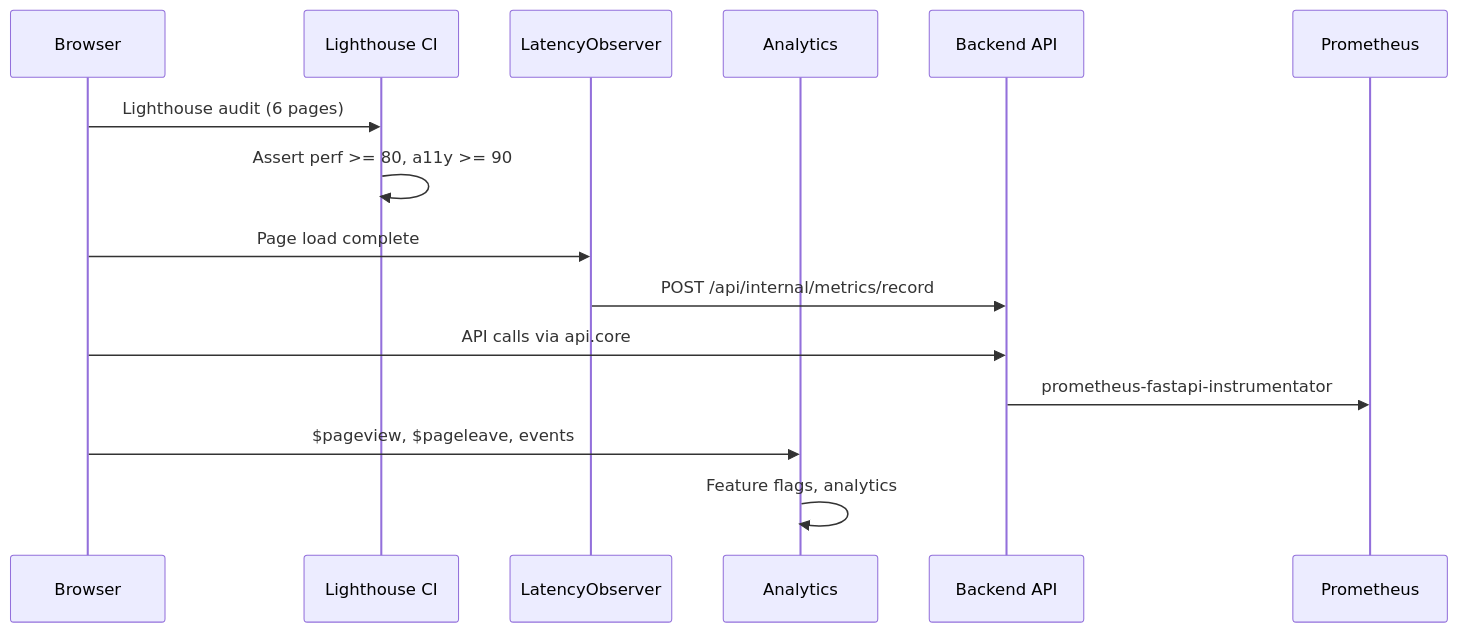
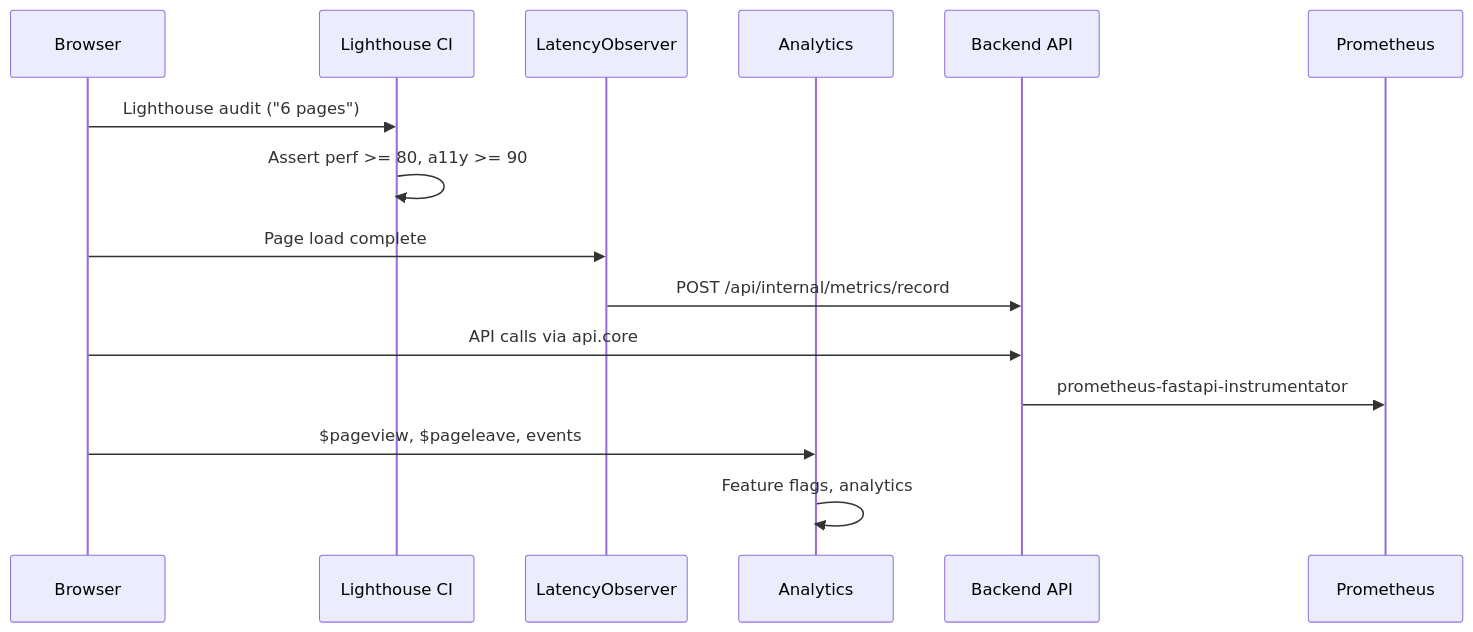
One commit to rohitkumarnaidu/ScholarFormAI changed the third of 5 diagrams in docs/MONITORING_OBSERVABILITY.md. Above: the diagram before and after it, drawn with Mermaid. The commit also changed other lines of this file and 611 other files, not shown here.

````diff
--- a/docs/MONITORING_OBSERVABILITY.md
+++ b/docs/MONITORING_OBSERVABILITY.md
@@ -354,21 +354,21 @@
 ```mermaid
 sequenceDiagram
     participant Browser
     participant LH as Lighthouse CI
     participant LAT as LatencyObserver
     participant PH as Analytics
     participant API as Backend API
     participant Prom as Prometheus
 
-    Browser->>LH: Lighthouse audit (6 pages)
+    Browser->>LH: Lighthouse audit ("6 pages")
     LH->>LH: Assert perf >= 80, a11y >= 90
 
     Browser->>LAT: Page load complete
     LAT->>API: POST /api/internal/metrics/record
 
     Browser->>API: API calls via api.core
     API->>Prom: prometheus-fastapi-instrumentator
 
     Browser->>PH: $pageview, $pageleave, events
     PH->>PH: Feature flags, analytics
 ```
````
